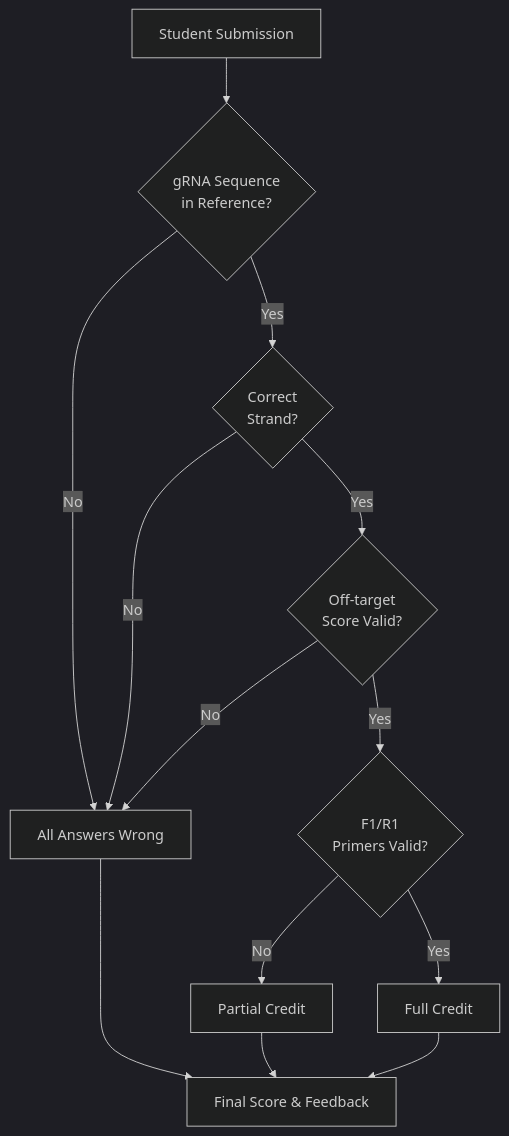
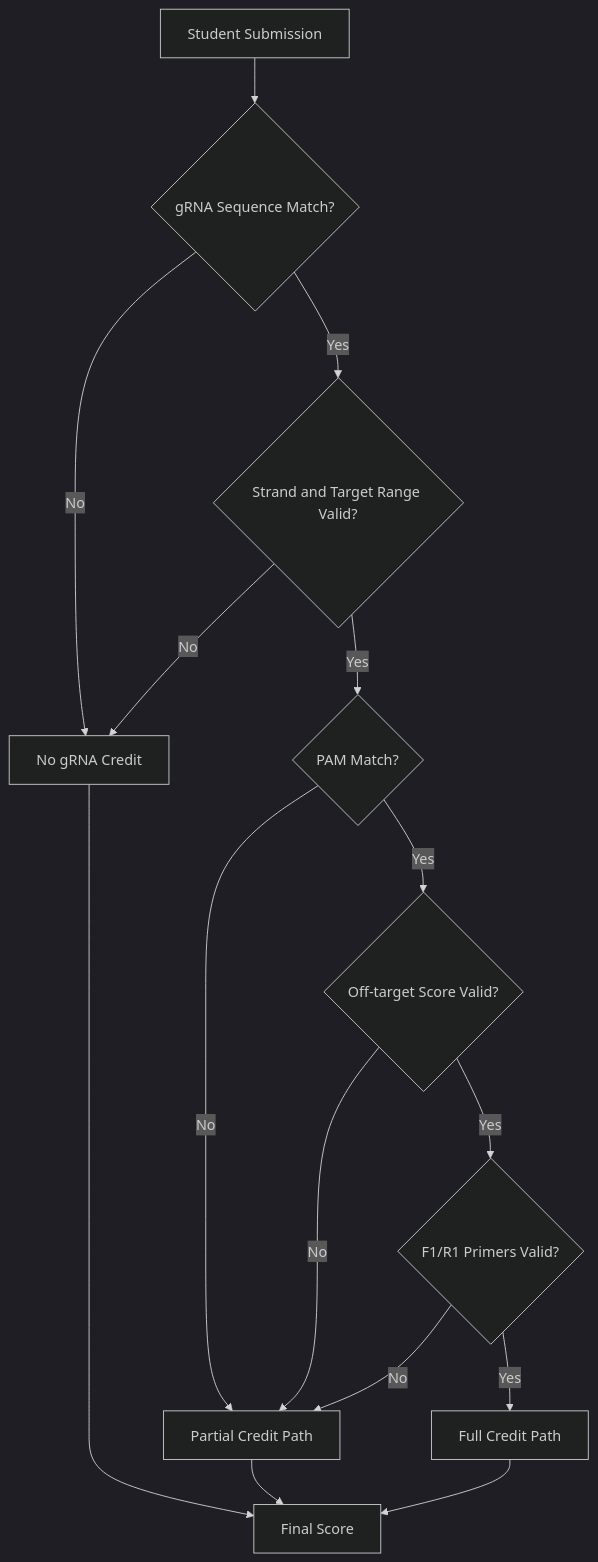
One commit to AlexJSully/SciGrade changed the fourth of 5 diagrams in docs/architecture/index.md. Above: the diagram before and after it, drawn with Mermaid (dark theme). The commit also changed other lines of this file and 15 other files, not shown here.

````diff
--- a/docs/architecture/index.md
+++ b/docs/architecture/index.md
@@ -157,15 +163,17 @@
 ```mermaid
 flowchart TD
-    A[Student Submission] --> B{gRNA Sequence<br/>in Reference?}
-    B -->|No| C[All Answers Wrong]
-    B -->|Yes| D{Correct<br/>Strand?}
+    A[Student Submission] --> B{gRNA Sequence Match?}
+    B -->|No| C[No gRNA Credit]
+    B -->|Yes| D{Strand and Target Range Valid?}
     D -->|No| C
-    D -->|Yes| E{Off-target<br/>Score Valid?}
-    E -->|No| C
-    E -->|Yes| F{F1/R1<br/>Primers Valid?}
-    F -->|No| G[Partial Credit]
-    F -->|Yes| H[Full Credit]
-    C --> I[Final Score & Feedback]
-    G --> I
-    H --> I
+    D -->|Yes| E{PAM Match?}
+    E -->|No| F[Partial Credit Path]
+    E -->|Yes| G{Off-target Score Valid?}
+    G -->|No| F
+    G -->|Yes| H{F1/R1 Primers Valid?}
+    H -->|Yes| I[Full Credit Path]
+    H -->|No| F
+    C --> J[Final Score]
+    F --> J
+    I --> J
 ```
````
